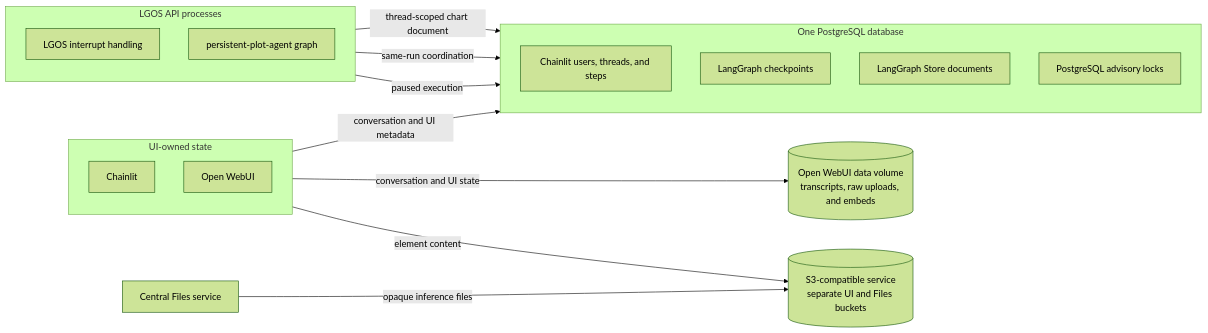
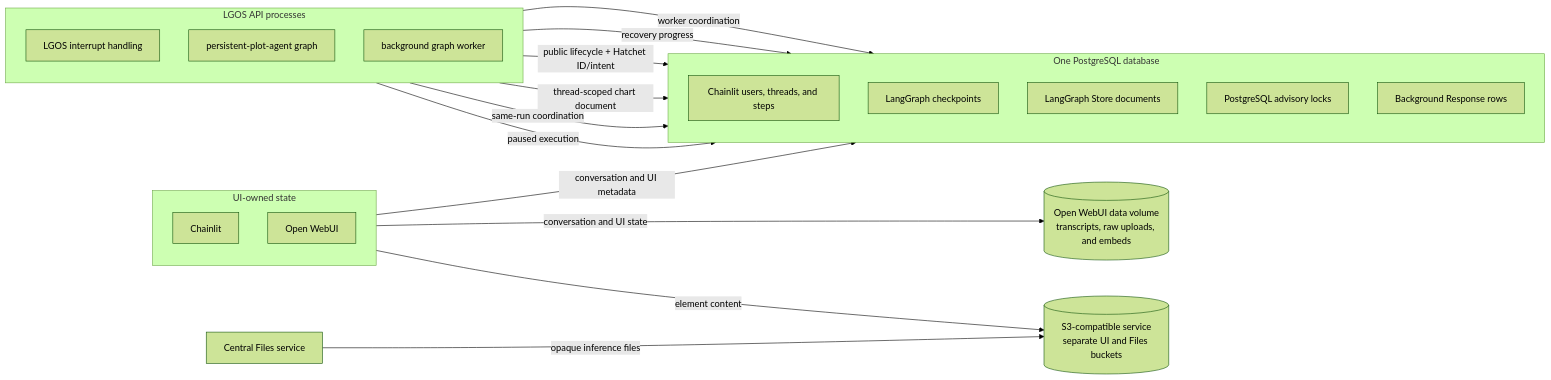
The second of 2 diagrams in docs/demo/architecture.md (ilkersigirci/langgraph-openai-serve), drawn with Mermaid (forest theme) before and after one commit. The commit also changed other lines of this file and 73 other files, not shown here.

````diff
--- a/docs/demo/architecture.md
+++ b/docs/demo/architecture.md
@@ -108,34 +127,39 @@
 ```mermaid
 flowchart LR
   subgraph clients["UI-owned state"]
     direction TB
     chainlit["Chainlit"]
     openwebui["Open WebUI"]
   end
 
   subgraph api["LGOS API processes"]
     direction TB
     interrupts["LGOS interrupt handling"]
     plot["persistent-plot-agent graph"]
+    background["background graph worker"]
   end
 
   subgraph postgres["One PostgreSQL database"]
     direction TB
     chainlit_rows["Chainlit users, threads, and steps"]
     checkpoints["LangGraph checkpoints"]
     store["LangGraph Store documents"]
     locks["PostgreSQL advisory locks"]
+    response_rows["Background Response rows"]
   end
 
   files_service["Central Files service"]
   s3[("S3-compatible service<br/>separate UI and Files buckets")]
   openwebui_data[("Open WebUI data volume<br/>transcripts, raw uploads, and embeds")]
 
   chainlit -->|"conversation and UI metadata"| chainlit_rows
   chainlit -->|"element content"| s3
   files_service -->|"opaque inference files"| s3
   openwebui -->|"conversation and UI state"| openwebui_data
   interrupts -->|"paused execution"| checkpoints
   interrupts -->|"same-run coordination"| locks
   plot -->|"thread-scoped chart document"| store
+  background -->|"public lifecycle + Hatchet ID/intent"| response_rows
+  background -->|"recovery progress"| checkpoints
+  background -->|"worker coordination"| locks
 ```
````
